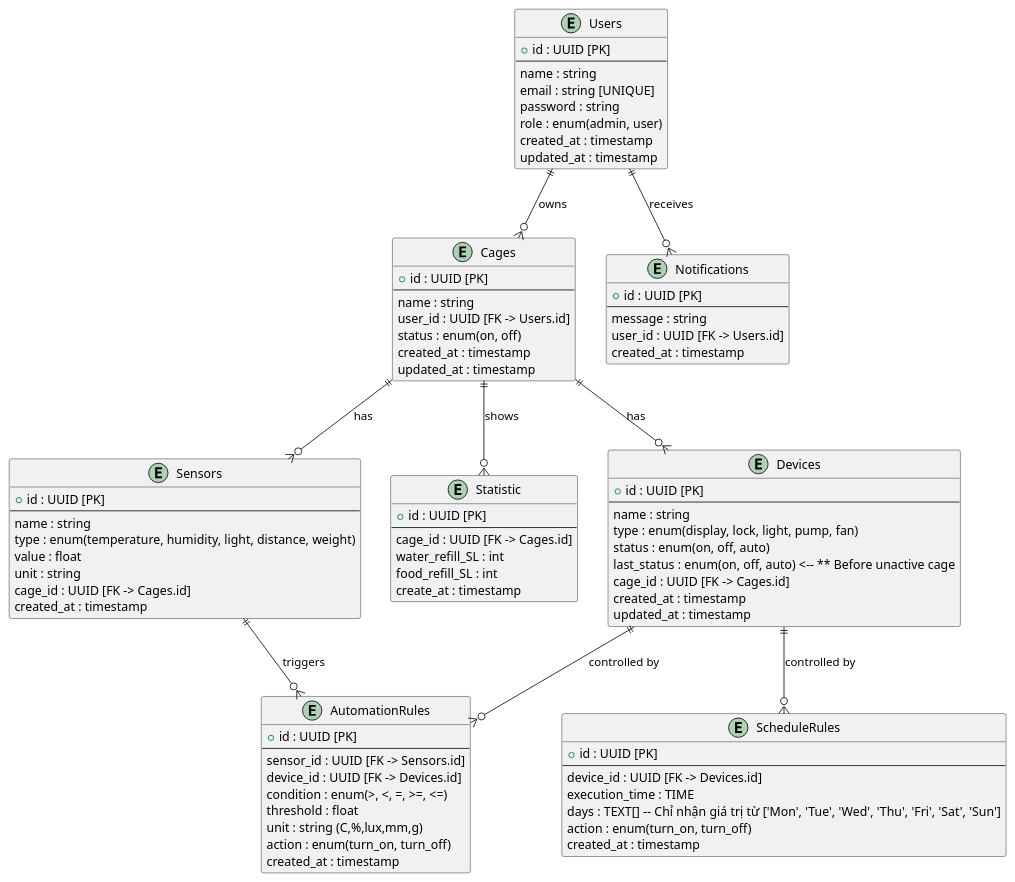
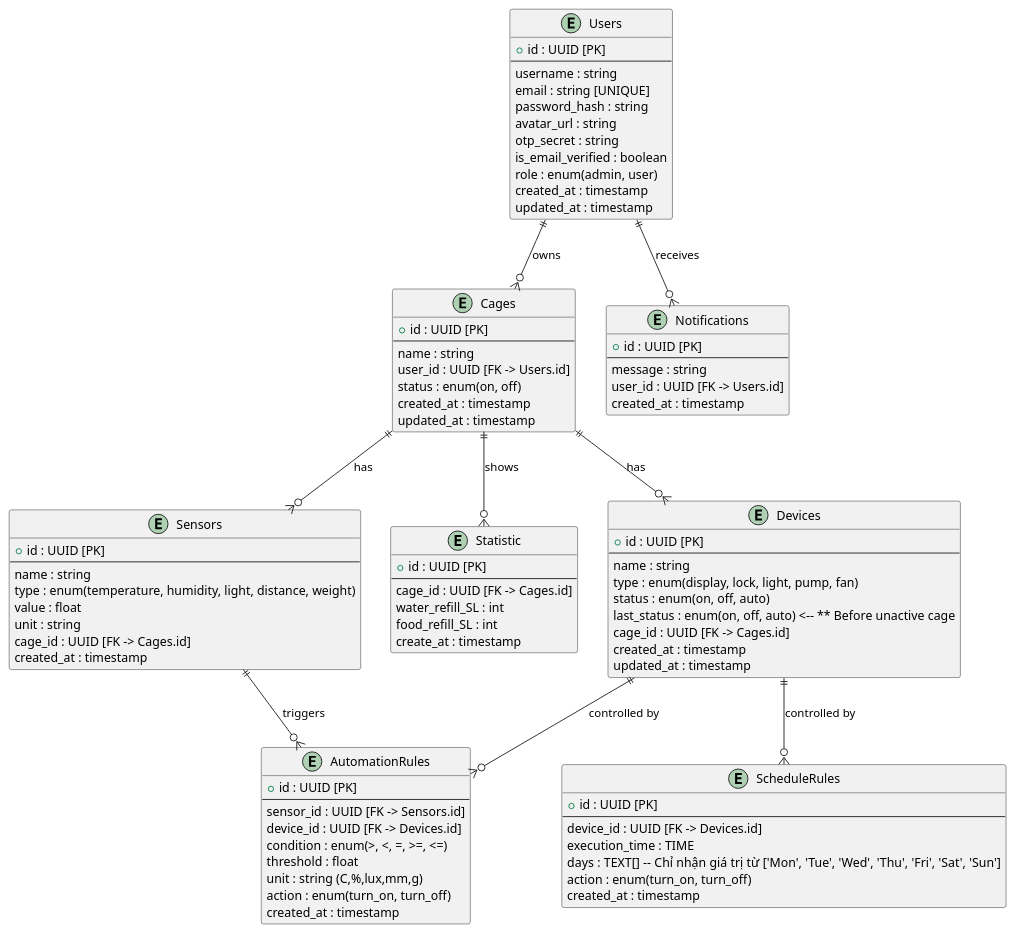
One commit to jncmtam/DADN-SE changed the diagram in hamsBE/docs/erd.puml. Above: the diagram before and after it, drawn with PlantUML.

Commit message:
update erd for user and cage

```diff
--- a/hamsBE/docs/erd.puml
+++ b/hamsBE/docs/erd.puml
@@ -1,94 +1,97 @@
 @startuml ERD
 entity "Users" as U {
   + id : UUID [PK]
   --
-  name : string
+  username : string
   email : string [UNIQUE]
-  password : string
+  password_hash : string
+  avatar_url : string
+  otp_secret : string
+  is_email_verified : boolean
   role : enum(admin, user)
   created_at : timestamp
   updated_at : timestamp
 }
 
 entity "Cages" as C {
   + id : UUID [PK]
   --
   name : string
   user_id : UUID [FK -> Users.id]
   status : enum(on, off)
   created_at : timestamp
   updated_at : timestamp
 }
 
 entity "Sensors" as S {
   + id : UUID [PK]
   --
   name : string
   type : enum(temperature, humidity, light, distance, weight)
   value : float
   unit : string
   cage_id : UUID [FK -> Cages.id]
   created_at : timestamp
 }
 
 entity "Statistic" as ST{
   + id : UUID [PK]
   --
   cage_id : UUID [FK -> Cages.id]
   water_refill_SL : int
   food_refill_SL : int
   create_at : timestamp
 }
 
 entity "Devices" as D {
   + id : UUID [PK]
   --
   name : string
   type : enum(display, lock, light, pump, fan)
   status : enum(on, off, auto)
   last_status : enum(on, off, auto) <-- ** Before unactive cage
   cage_id : UUID [FK -> Cages.id]
   created_at : timestamp
   updated_at : timestamp
 }
 
 entity "AutomationRules" as AR {
   + id : UUID [PK]
   --
   sensor_id : UUID [FK -> Sensors.id]
   device_id : UUID [FK -> Devices.id]
   condition : enum(>, <, =, >=, <=)
   threshold : float
   unit : string (C,%,lux,mm,g)
   action : enum(turn_on, turn_off)
   created_at : timestamp
 }
 
 entity "ScheduleRules" as SR {
   + id : UUID [PK]
   --
   device_id : UUID [FK -> Devices.id]
   execution_time : TIME
   days : TEXT[]  -- Chỉ nhận giá trị từ ['Mon', 'Tue', 'Wed', 'Thu', 'Fri', 'Sat', 'Sun']
   action : enum(turn_on, turn_off)
   created_at : timestamp
 }
 
 
 entity "Notifications" as N {
   + id : UUID [PK]
   --
   message : string
   user_id : UUID [FK -> Users.id]
   created_at : timestamp
 }
 
 U ||--o{ C : "owns"
 C ||--o{ S : "has"
 C ||--o{ D : "has"
 S ||--o{ AR : "triggers"
 D ||--o{ AR : "controlled by"
 D ||--o{ SR : "controlled by"
 U ||--o{ N : "receives"
 C ||--o{ ST : "shows"
 @enduml
```
